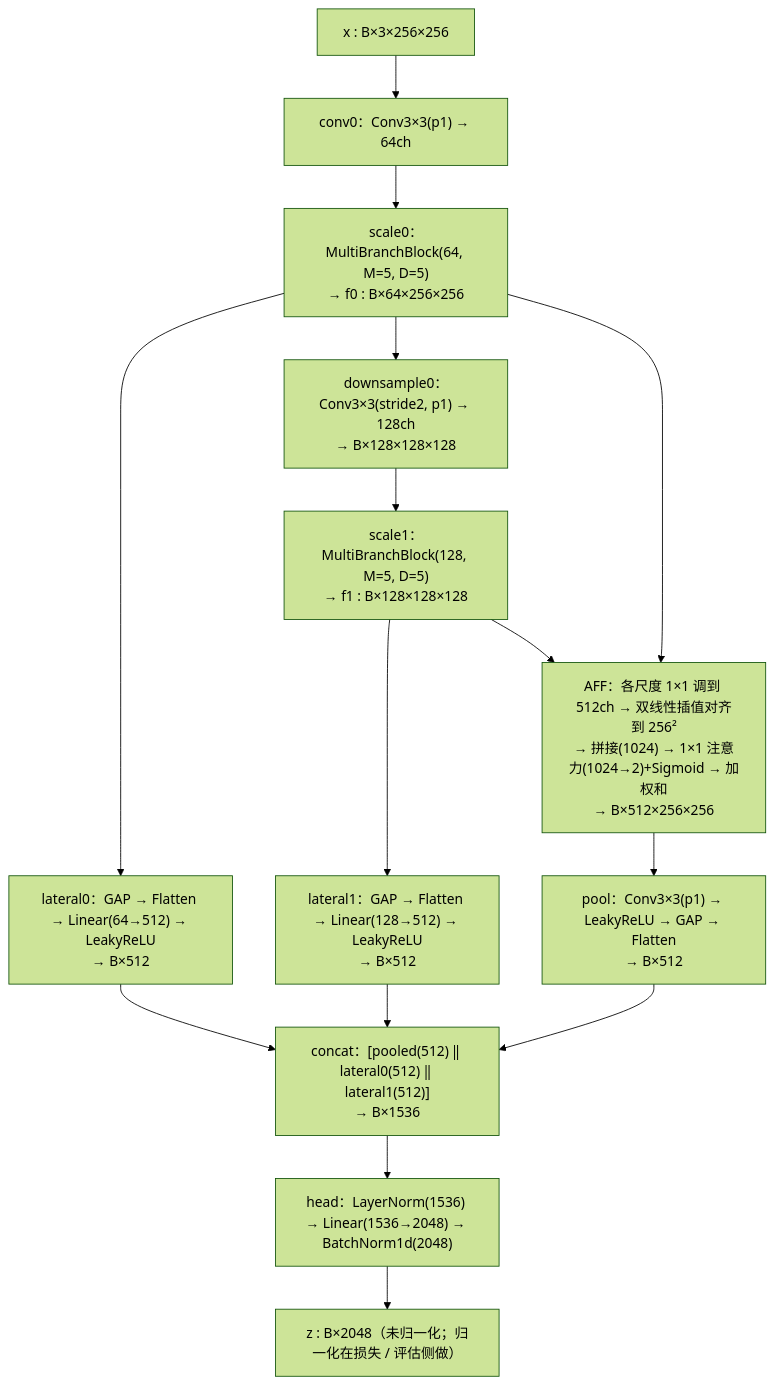
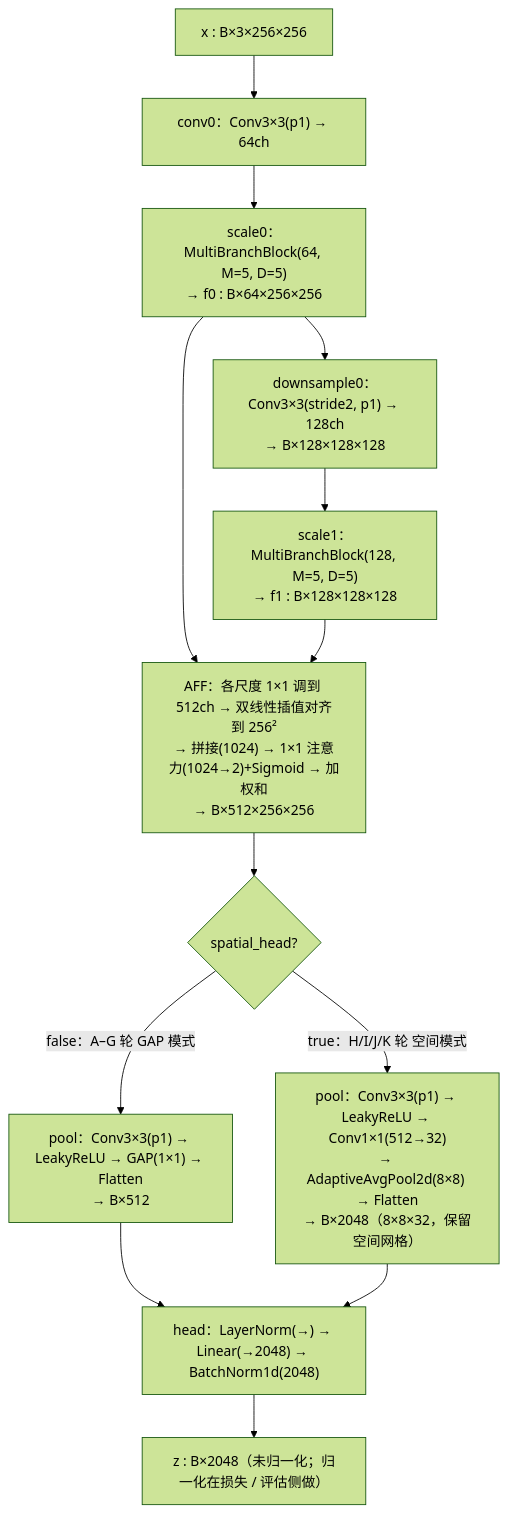
The second of 9 diagrams in docs/AURA_模型结构图.md (Lukas-VI/AURA), drawn with Mermaid (forest theme) before and after one commit. The commit also changed other lines of this file and 40 other files, not shown here.

````diff
--- a/docs/AURA_模型结构图.md
+++ b/docs/AURA_模型结构图.md
@@ -34,19 +39,18 @@
 ```mermaid
 flowchart TB
     X["x : B×3×256×256"] --> C0["conv0：Conv3×3(p1) → 64ch"]
     C0 --> S0["scale0：MultiBranchBlock(64, M=5, D=5)<br/>→ f0 : B×64×256×256"]
-    S0 --> L0["lateral0：GAP → Flatten → Linear(64→512) → LeakyReLU<br/>→ B×512"]
     S0 --> D0["downsample0：Conv3×3(stride2, p1) → 128ch<br/>→ B×128×128×128"]
     D0 --> S1["scale1：MultiBranchBlock(128, M=5, D=5)<br/>→ f1 : B×128×128×128"]
-    S1 --> L1["lateral1：GAP → Flatten → Linear(128→512) → LeakyReLU<br/>→ B×512"]
 
     S0 --> AFF
     S1 --> AFF["AFF：各尺度 1×1 调到 512ch → 双线性插值对齐到 256²<br/>→ 拼接(1024) → 1×1 注意力(1024→2)+Sigmoid → 加权和<br/>→ B×512×256×256"]
-    AFF --> POOL["pool：Conv3×3(p1) → LeakyReLU → GAP → Flatten<br/>→ B×512"]
 
-    POOL --> CAT
-    L0 --> CAT
-    L1 --> CAT
-    CAT["concat：[pooled(512) ‖ lateral0(512) ‖ lateral1(512)]<br/>→ B×1536"] --> HEAD["head：LayerNorm(1536) → Linear(1536→2048) → BatchNorm1d(2048)"]
+    AFF --> MODE{"spatial_head?"}
+    MODE -->|false：A–G 轮 GAP 模式| POOL1["pool：Conv3×3(p1) → LeakyReLU → GAP(1×1) → Flatten<br/>→ B×512"]
+    MODE -->|true：H/I/J/K 轮 空间模式| POOL2["pool：Conv3×3(p1) → LeakyReLU → Conv1×1(512→32)<br/>→ AdaptiveAvgPool2d(8×8) → Flatten<br/>→ B×2048（8×8×32，保留空间网格）"]
+
+    POOL1 --> HEAD["head：LayerNorm(→) → Linear(→2048) → BatchNorm1d(2048)"]
+    POOL2 --> HEAD
     HEAD --> OUT["z : B×2048（未归一化；归一化在损失 / 评估侧做）"]
 ```
````
